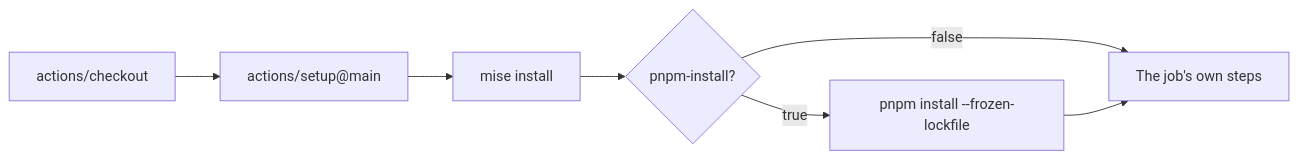
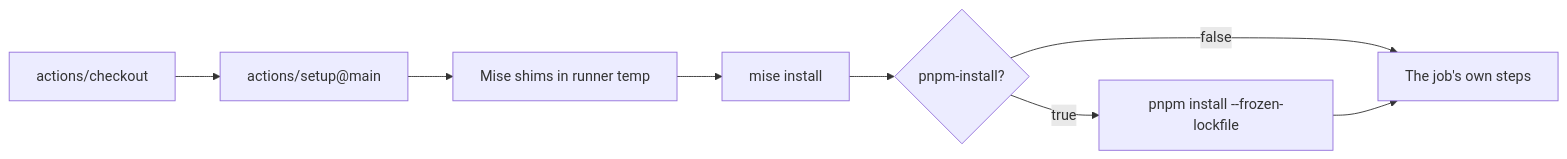
The first of 3 diagrams in docs/user-flows.md (workbench-soft/ci), drawn with Mermaid before and after one commit. The commit also changed other lines of this file and 5 other files, not shown here.

First line of the commit message:
CI: isolate mise shims on self-hosted runners (#22)

````diff
--- a/docs/user-flows.md
+++ b/docs/user-flows.md
@@ -13,9 +14,9 @@
 ```mermaid
 flowchart LR
   checkout["actions/checkout"] --> setup["actions/setup@main"]
-  setup --> mise["mise install"]
+  setup --> shims["Mise shims in runner temp"] --> mise["mise install"]
   mise --> pnpm{"pnpm-install?"}
   pnpm -->|true| install["pnpm install --frozen-lockfile"]
   pnpm -->|false| steps["The job's own steps"]
   install --> steps
 ```
````
